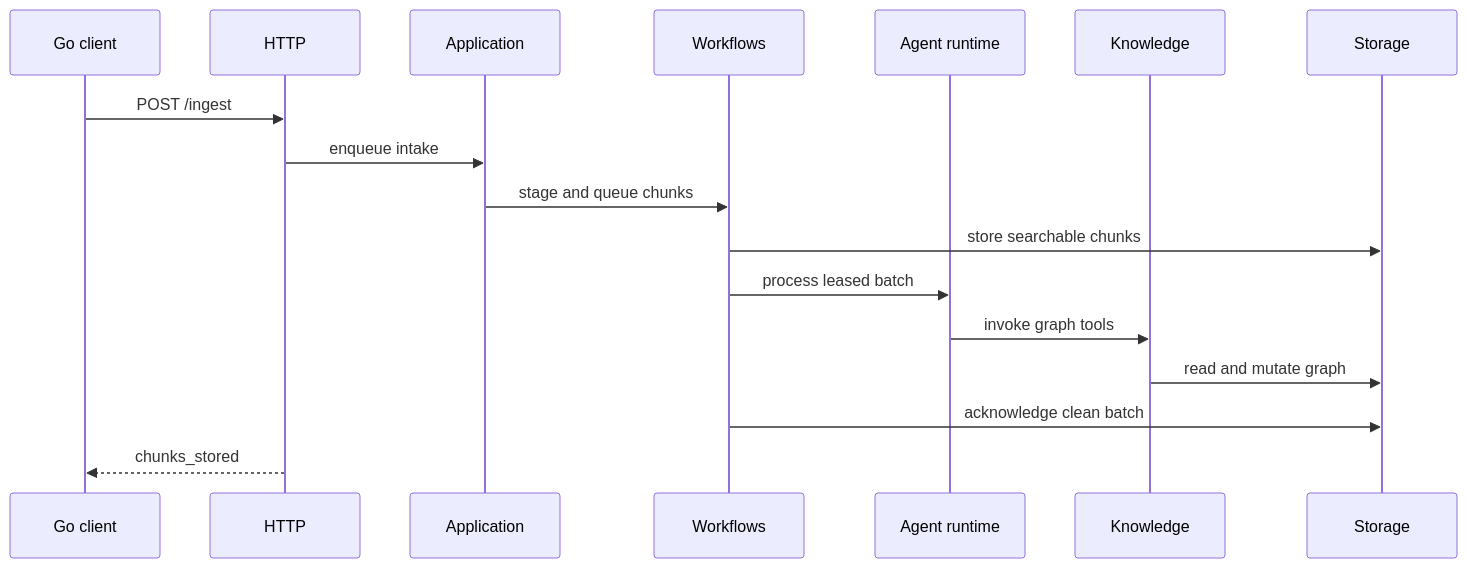
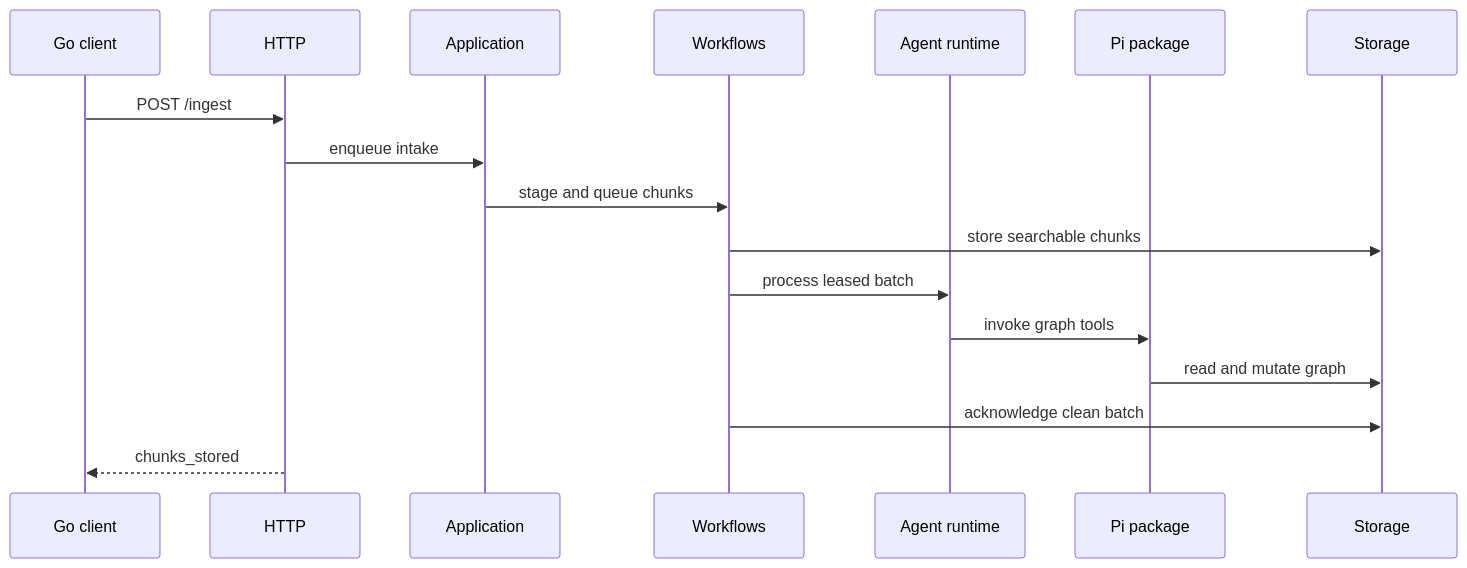
One commit to alennartz/second-brain changed the second of 3 diagrams in codemap.md. Above: the diagram before and after it, drawn with Mermaid. The commit also changed other lines of this file, not shown here.

````diff
--- a/codemap.md
+++ b/codemap.md
@@ -31,19 +31,19 @@
 ```mermaid
 sequenceDiagram
   participant G as Go client
   participant H as HTTP
   participant A as Application
   participant W as Workflows
   participant AR as Agent runtime
-  participant K as Knowledge
+  participant K as Pi package
   participant S as Storage
   G->>H: POST /ingest
   H->>A: enqueue intake
   A->>W: stage and queue chunks
   W->>S: store searchable chunks
   W->>AR: process leased batch
   AR->>K: invoke graph tools
   K->>S: read and mutate graph
   W->>S: acknowledge clean batch
   H-->>G: chunks_stored
 ```
````
